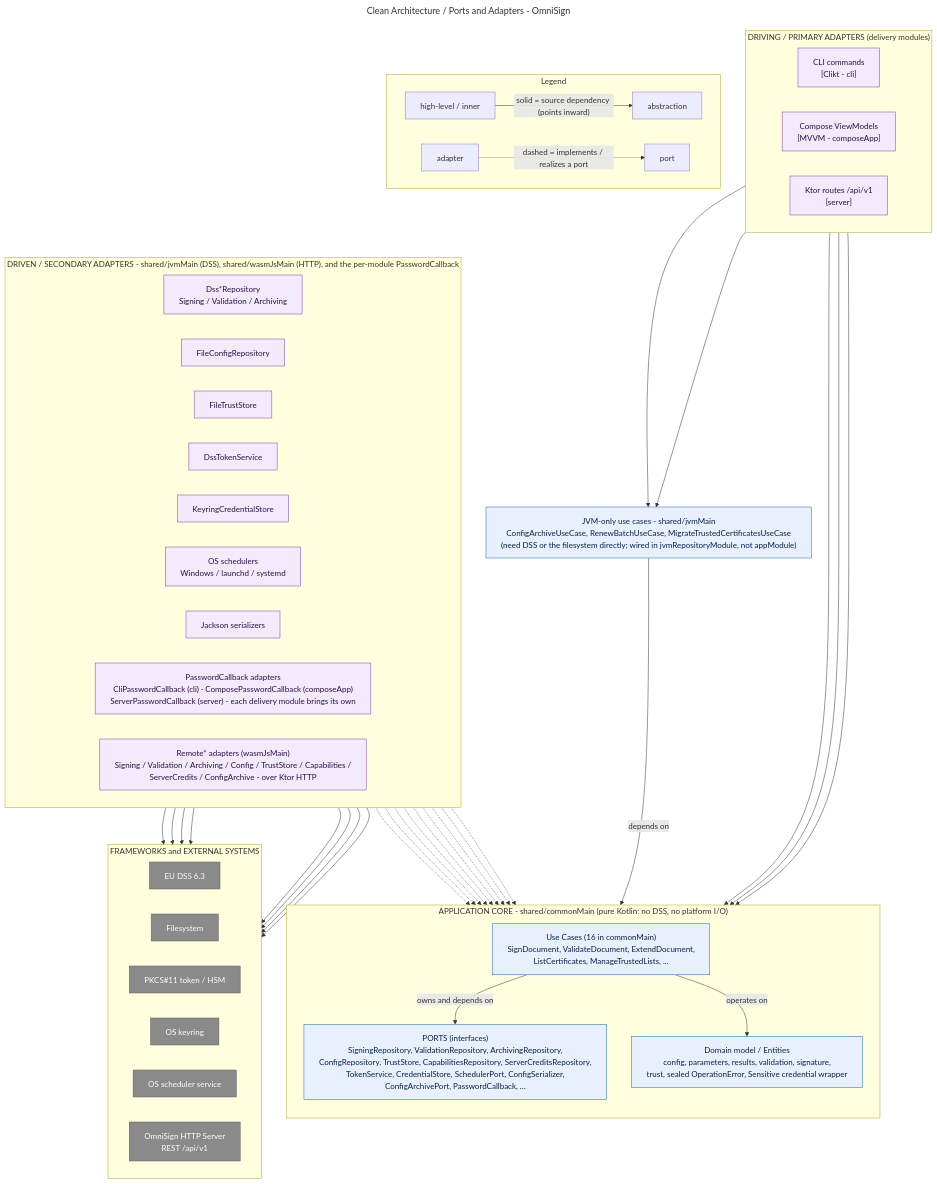
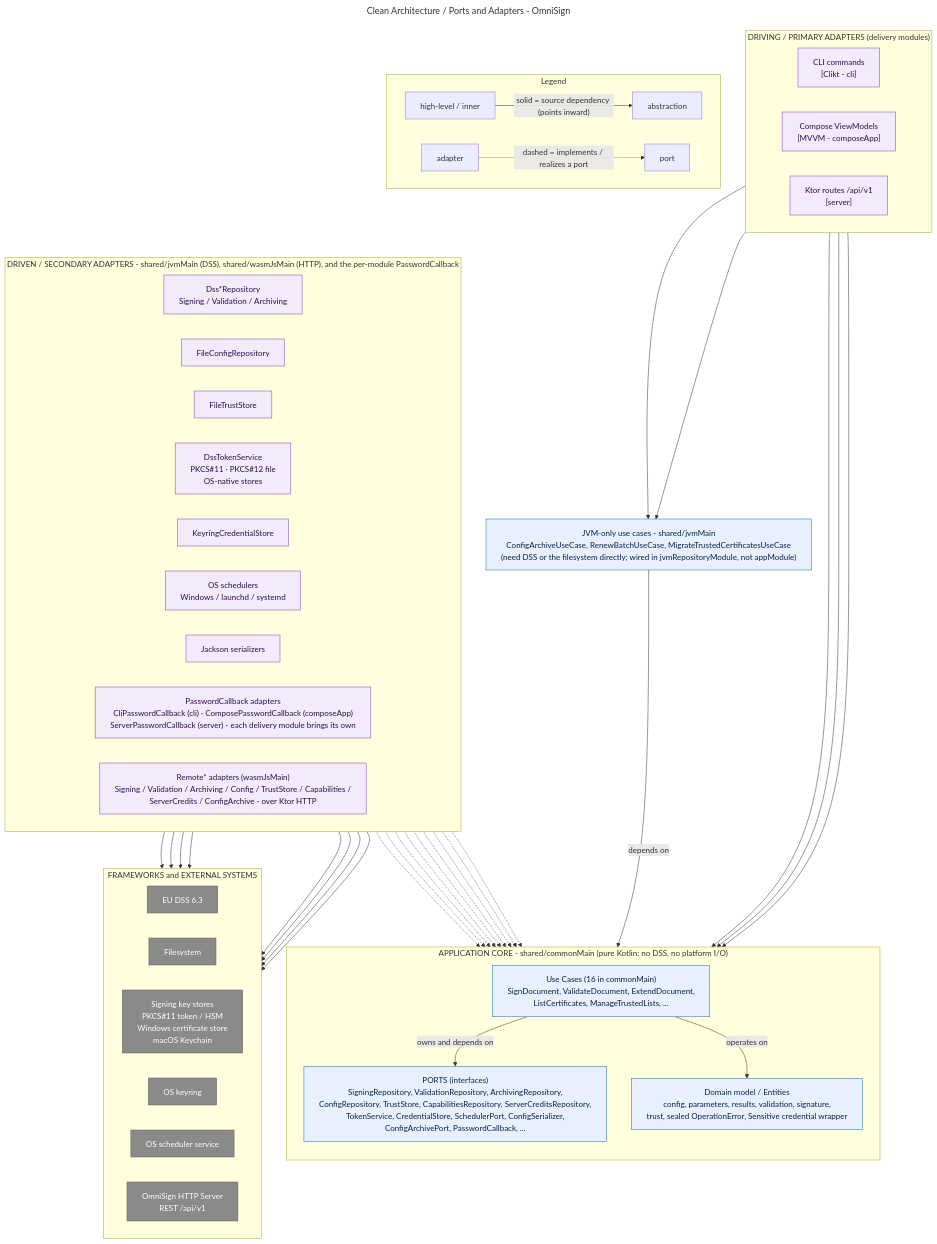
One commit to pizavo/omnisign changed the diagram in docs/diagrams/03-clean-architecture-ports-adapters.mmd. Above: the diagram before and after it, drawn with Mermaid. The commit also changed 3 other files, not shown here.

```diff
--- a/docs/diagrams/03-clean-architecture-ports-adapters.mmd
+++ b/docs/diagrams/03-clean-architecture-ports-adapters.mmd
@@ -1,88 +1,88 @@
 ---
 title: Clean Architecture / Ports and Adapters - OmniSign
 config:
   flowchart:
     wrappingWidth: 640
 ---
 flowchart TB
   subgraph PRIMARY["DRIVING / PRIMARY ADAPTERS (delivery modules)"]
     direction LR
     CLI["CLI commands<br/>[Clikt - cli]"]
     VM["Compose ViewModels<br/>[MVVM - composeApp]"]
     ROUTES["Ktor routes /api/v1<br/>[server]"]
   end
 
   subgraph CORE["APPLICATION CORE - shared/commonMain (pure Kotlin: no DSS, no platform I/O)"]
     direction TB
     UC["Use Cases (16 in commonMain)<br/>SignDocument, ValidateDocument, ExtendDocument,<br/>ListCertificates, ManageTrustedLists, ..."]
     PORTS["PORTS (interfaces)<br/>SigningRepository, ValidationRepository, ArchivingRepository,<br/>ConfigRepository, TrustStore, CapabilitiesRepository, ServerCreditsRepository,<br/>TokenService, CredentialStore, SchedulerPort, ConfigSerializer,<br/>ConfigArchivePort, PasswordCallback, ..."]
     DOMAIN["Domain model / Entities<br/>config, parameters, results, validation, signature,<br/>trust, sealed OperationError, Sensitive credential wrapper"]
     UC -->|owns and depends on| PORTS
     UC -->|operates on| DOMAIN
   end
 
   JVMUC["JVM-only use cases - shared/jvmMain<br/>ConfigArchiveUseCase, RenewBatchUseCase, MigrateTrustedCertificatesUseCase<br/>(need DSS or the filesystem directly; wired in jvmRepositoryModule, not appModule)"]
 
   subgraph SECONDARY["DRIVEN / SECONDARY ADAPTERS - shared/jvmMain (DSS), shared/wasmJsMain (HTTP), and the per-module PasswordCallback"]
     direction LR
     DSSREPO["Dss*Repository<br/>Signing / Validation / Archiving"]
     FILECFG["FileConfigRepository"]
     FILETRUST["FileTrustStore"]
-    TOKENSVC["DssTokenService"]
+    TOKENSVC["DssTokenService<br/>PKCS#11 · PKCS#12 file<br/>OS-native stores"]
     CRED["KeyringCredentialStore"]
     SCHED["OS schedulers<br/>Windows / launchd / systemd"]
     SER["Jackson serializers"]
     PWCB["PasswordCallback adapters<br/>CliPasswordCallback (cli) · ComposePasswordCallback (composeApp)<br/>ServerPasswordCallback (server) - each delivery module brings its own"]
     REMOTE["Remote* adapters (wasmJsMain)<br/>Signing / Validation / Archiving / Config / TrustStore / Capabilities /<br/>ServerCredits / ConfigArchive - over Ktor HTTP"]
   end
 
   subgraph FW["FRAMEWORKS and EXTERNAL SYSTEMS"]
     direction LR
     DSS["EU DSS 6.3"]
     FS["Filesystem"]
-    PKCS["PKCS#11 token / HSM"]
+    PKCS["Signing key stores<br/>PKCS#11 token / HSM<br/>Windows certificate store<br/>macOS Keychain"]
     KEYRING["OS keyring"]
     OSSVC["OS scheduler service"]
     API["OmniSign HTTP Server<br/>REST /api/v1"]
   end
 
   CLI --> UC
   VM --> UC
   ROUTES --> UC
 
   CLI --> JVMUC
   VM --> JVMUC
   JVMUC -->|"depends on"| PORTS
 
   DSSREPO -.-> PORTS
   FILECFG -.-> PORTS
   FILETRUST -.-> PORTS
   TOKENSVC -.-> PORTS
   CRED -.-> PORTS
   SCHED -.-> PORTS
   SER -.-> PORTS
   PWCB -.-> PORTS
   REMOTE -.-> PORTS
 
   DSSREPO --> DSS
   DSSREPO --> PKCS
   FILECFG --> FS
   FILETRUST --> FS
   TOKENSVC --> PKCS
   CRED --> KEYRING
   SCHED --> OSSVC
   REMOTE --> API
 
   subgraph legend["Legend"]
     direction LR
     lh["high-level / inner"] -->|"solid = source dependency (points inward)"| labr["abstraction"]
     lad["adapter"] -.->|"dashed = implements / realizes a port"| lpo["port"]
   end
 
   classDef core fill:#e8f0fe,stroke:#1168bd,color:#06214a
   classDef adapter fill:#f3eafc,stroke:#7a3fb5,color:#2c0f4a
   classDef ext fill:#8a8a8a,stroke:#5f5f5f,color:#ffffff
   class UC,PORTS,DOMAIN core
   class CLI,VM,ROUTES,DSSREPO,FILECFG,FILETRUST,TOKENSVC,CRED,SCHED,SER,PWCB,REMOTE adapter
   class JVMUC core
   class DSS,FS,PKCS,KEYRING,OSSVC,API ext
```
